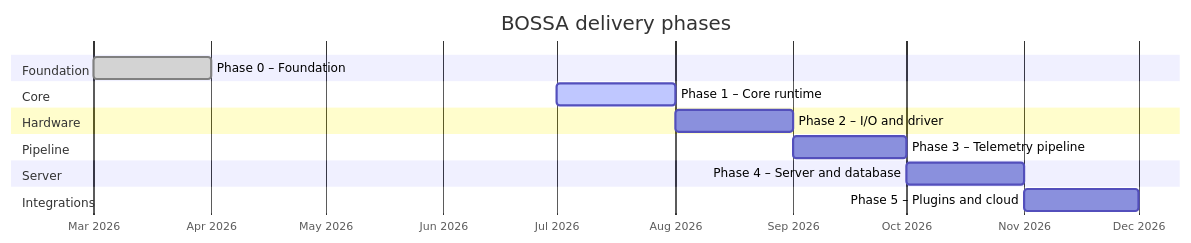
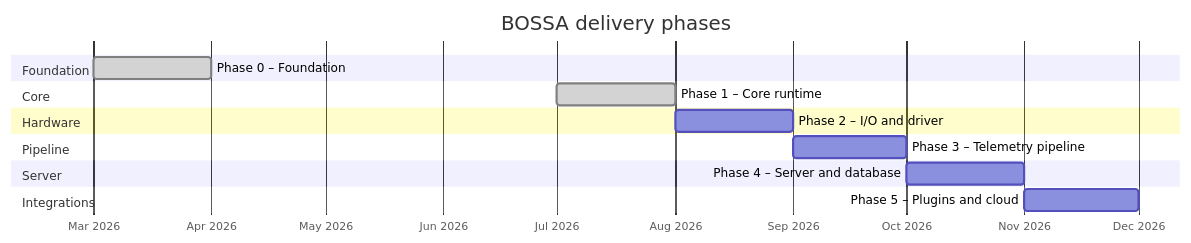
Before and after one commit to alexandrelheinen/bossa: the diagram in docs/roadmap.md, drawn with Mermaid. The commit also changed other lines of this file and 10 other files, not shown here.

````diff
--- a/docs/roadmap.md
+++ b/docs/roadmap.md
@@ -38,24 +38,24 @@
 ```mermaid
 gantt
     title BOSSA delivery phases
     dateFormat YYYY-MM
     axisFormat %b %Y
 
     section Foundation
     Phase 0 – Foundation           :done,    p0, 2026-03, 2026-04
 
     section Core
-    Phase 1 – Core runtime         :active,  p1, 2026-07, 2026-08
+    Phase 1 – Core runtime         :done,    p1, 2026-07, 2026-08
 
     section Hardware
     Phase 2 – I/O and driver       :         p2, 2026-08, 2026-09
 
     section Pipeline
     Phase 3 – Telemetry pipeline   :         p3, 2026-09, 2026-10
 
     section Server
     Phase 4 – Server and database  :         p4, 2026-10, 2026-11
 
     section Integrations
     Phase 5 – Plugins and cloud    :         p5, 2026-11, 2026-12
 ```
````
